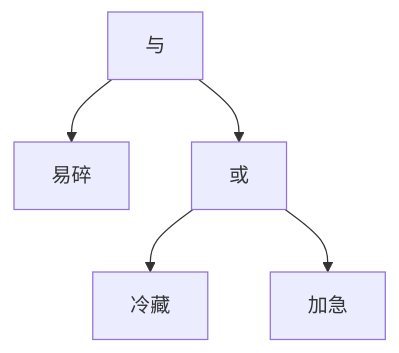
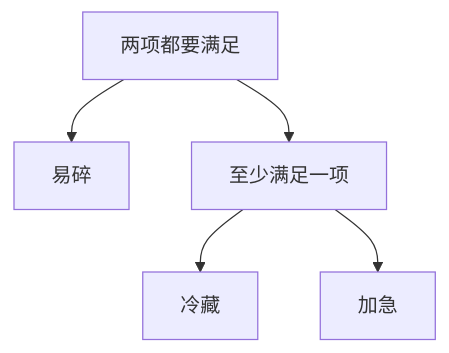
One commit to caticat/design-pattern changed the first of 2 diagrams in docs/behavioral/interpreter/problem.md. Above: the diagram before and after it, drawn with Mermaid. The commit also changed other lines of this file and 9 other files, not shown here.

Commit message:
docs: 重画桥接和解释器问题图并校准图注

````diff
--- a/docs/behavioral/interpreter/problem.md
+++ b/docs/behavioral/interpreter/problem.md
@@ -28,7 +28,7 @@
 ```mermaid
 flowchart TD
-    root[与] --> fragile[易碎]
-    root --> alt[或]
+    root[两项都要满足] --> fragile[易碎]
+    root --> alt[至少满足一项]
     alt --> cold[冷藏]
     alt --> express[加急]
 ```
````
